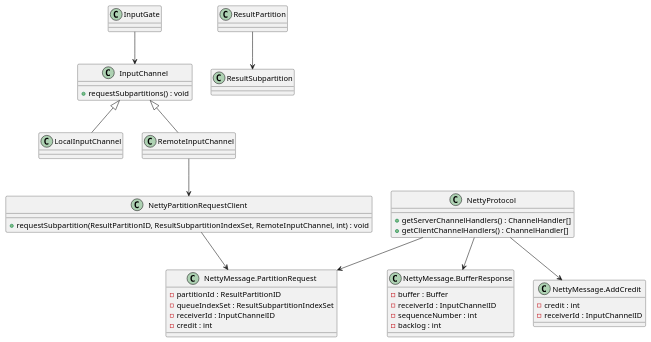
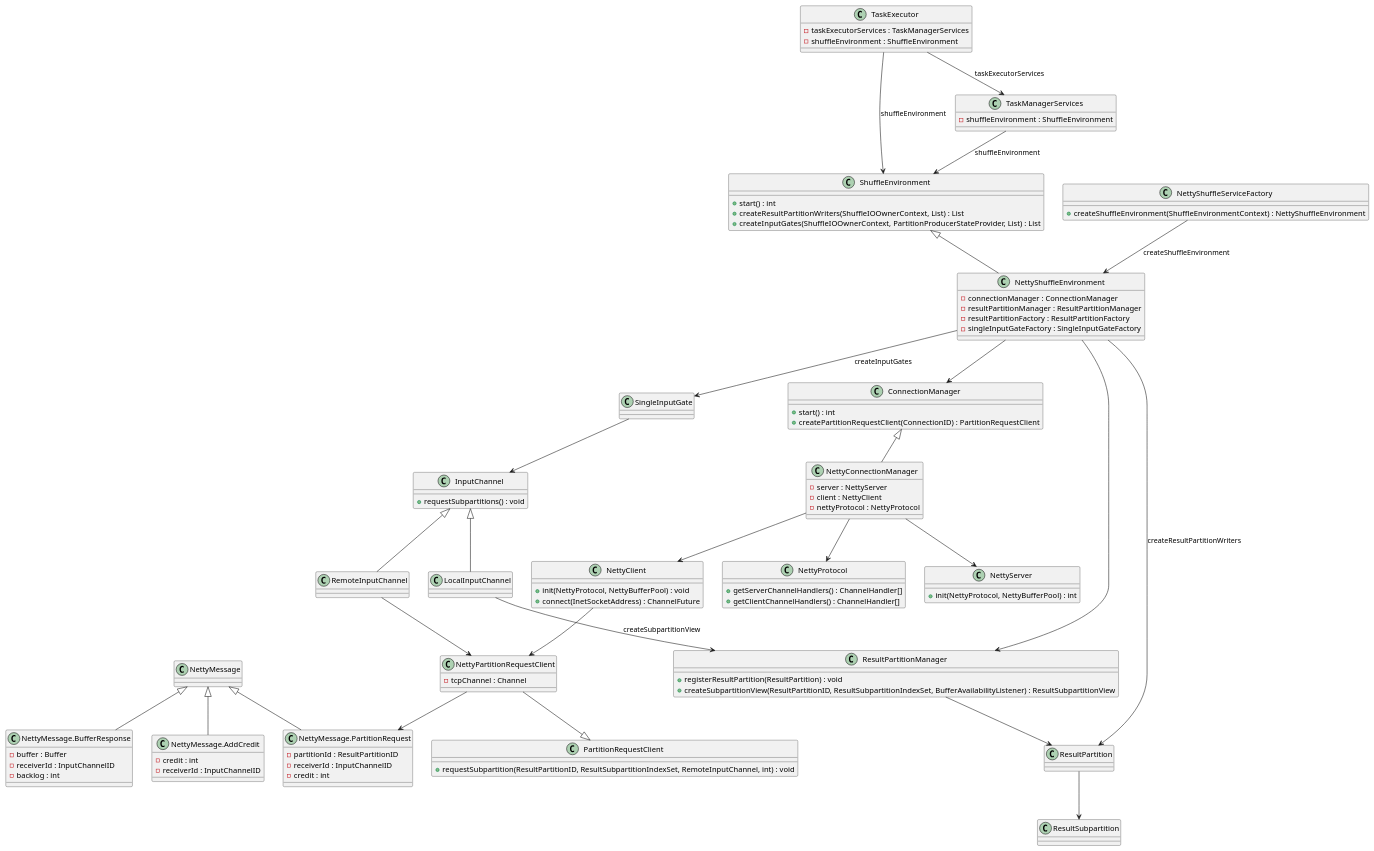
The second of 3 diagrams in content/post/data/stream/flink/taskmanager/index.md (kevinwang930/kevinwang930.github.io), drawn with PlantUML before and after one commit. The commit also changed other lines of this file and 3 other files, not shown here.

````diff
--- a/content/post/data/stream/flink/taskmanager/index.md
+++ b/content/post/data/stream/flink/taskmanager/index.md
@@ -114,34 +118,77 @@
 ```plantuml
 @startuml
 
-class ResultPartition
-class ResultSubpartition
+class TaskExecutor {
+  - taskExecutorServices : TaskManagerServices
+  - shuffleEnvironment : ShuffleEnvironment
+}
+class TaskManagerServices {
+  - shuffleEnvironment : ShuffleEnvironment
+}
+class NettyShuffleServiceFactory {
+  + createShuffleEnvironment(ShuffleEnvironmentContext) : NettyShuffleEnvironment
+}
 
-class InputGate
-class InputChannel {
-  + requestSubpartitions() : void
+class ShuffleEnvironment {
+  + start() : int
+  + createResultPartitionWriters(ShuffleIOOwnerContext, List) : List
+  + createInputGates(ShuffleIOOwnerContext, PartitionProducerStateProvider, List) : List
 }
-class LocalInputChannel
-class RemoteInputChannel
+class NettyShuffleEnvironment {
+  - connectionManager : ConnectionManager
+  - resultPartitionManager : ResultPartitionManager
+  - resultPartitionFactory : ResultPartitionFactory
+  - singleInputGateFactory : SingleInputGateFactory
+}
 
+class ConnectionManager {
+  + start() : int
+  + createPartitionRequestClient(ConnectionID) : PartitionRequestClient
+}
+class NettyConnectionManager {
+  - server : NettyServer
+  - client : NettyClient
+  - nettyProtocol : NettyProtocol
+}
+class NettyServer {
+  + init(NettyProtocol, NettyBufferPool) : int
+}
+class NettyClient {
+  + init(NettyProtocol, NettyBufferPool) : void
+  + connect(InetSocketAddress) : ChannelFuture
+}
+class PartitionRequestClient {
+  + requestSubpartition(ResultPartitionID, ResultSubpartitionIndexSet, RemoteInputChannel, int) : void
+}
 class NettyPartitionRequestClient {
-  + requestSubpartition(ResultPartitionID, ResultSubpartitionIndexSet, RemoteInputChannel, int) : void
+  - tcpChannel : Channel
 }
 class NettyProtocol {
   + getServerChannelHandlers() : ChannelHandler[]
   + getClientChannelHandlers() : ChannelHandler[]
 }
 
+class ResultPartitionManager {
+  + registerResultPartition(ResultPartition) : void
+  + createSubpartitionView(ResultPartitionID, ResultSubpartitionIndexSet, BufferAvailabilityListener) : ResultSubpartitionView
+}
+class ResultPartition
+class ResultSubpartition
+class SingleInputGate
+class InputChannel {
+  + requestSubpartitions() : void
+}
+class LocalInputChannel
+class RemoteInputChannel
+class NettyMessage
 class "NettyMessage.PartitionRequest" as PartitionRequest {
   - partitionId : ResultPartitionID
-  - queueIndexSet : ResultSubpartitionIndexSet
   - receiverId : InputChannelID
   - credit : int
 }
 class "NettyMessage.BufferResponse" as BufferResponse {
   - buffer : Buffer
   - receiverId : InputChannelID
-  - sequenceNumber : int
   - backlog : int
 }
 class "NettyMessage.AddCredit" as AddCredit {
@@ -149,15 +196,36 @@
   - receiverId : InputChannelID
 }
 
-ResultPartition --> ResultSubpartition
-InputGate --> InputChannel
+NettyShuffleEnvironment -up-|> ShuffleEnvironment
+NettyConnectionManager -up-|> ConnectionManager
+NettyPartitionRequestClient -down-|> PartitionRequestClient
 LocalInputChannel -up-|> InputChannel
 RemoteInputChannel -up-|> InputChannel
+PartitionRequest -up-|> NettyMessage
+BufferResponse -up-|> NettyMessage
+AddCredit -up-|> NettyMessage
+
+TaskExecutor -down-> TaskManagerServices : taskExecutorServices
+TaskManagerServices -down-> ShuffleEnvironment : shuffleEnvironment
+TaskExecutor -down-> ShuffleEnvironment : shuffleEnvironment
+NettyShuffleServiceFactory --> NettyShuffleEnvironment : createShuffleEnvironment
+
+NettyShuffleEnvironment --> ConnectionManager
+NettyShuffleEnvironment --> ResultPartitionManager
+NettyShuffleEnvironment --> ResultPartition : createResultPartitionWriters
+NettyShuffleEnvironment --> SingleInputGate : createInputGates
+
+NettyConnectionManager --> NettyServer
+NettyConnectionManager --> NettyClient
+NettyConnectionManager --> NettyProtocol
+NettyClient --> NettyPartitionRequestClient
+
+ResultPartitionManager --> ResultPartition
+ResultPartition --> ResultSubpartition
+SingleInputGate --> InputChannel
+LocalInputChannel --> ResultPartitionManager : createSubpartitionView
 RemoteInputChannel --> NettyPartitionRequestClient
 NettyPartitionRequestClient --> PartitionRequest
-NettyProtocol --> PartitionRequest
-NettyProtocol --> BufferResponse
-NettyProtocol --> AddCredit
 
 @enduml
 ```
````
